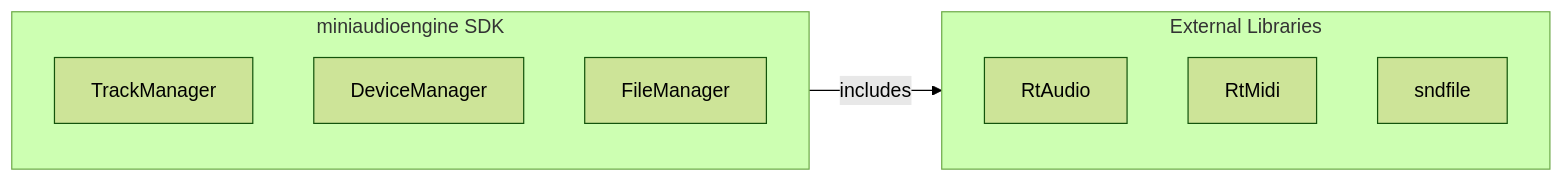
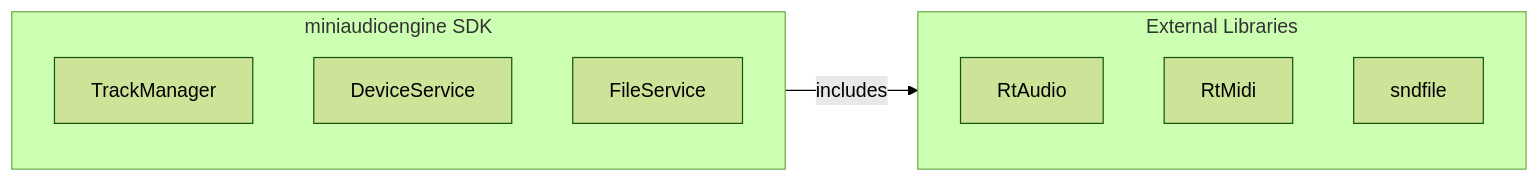
The second of 28 diagrams in docs/DESIGN_DOC.md (aidan-clyens/miniaudioengine), drawn with Mermaid (forest theme) before and after one commit. The commit also changed other lines of this file and 4 other files, not shown here.

````diff
--- a/docs/DESIGN_DOC.md
+++ b/docs/DESIGN_DOC.md
@@ -145,17 +146,17 @@
 ```mermaid
 graph LR
 
     subgraph External["External Libraries"]
         RtAudio
         RtMidi
         sndfile
     end
 
     subgraph SDK["miniaudioengine SDK"]
         TrackManager
-        DeviceManager
-        FileManager
+        DeviceService
+        FileService
     end
 
     SDK -->|includes| External
 ```
````
